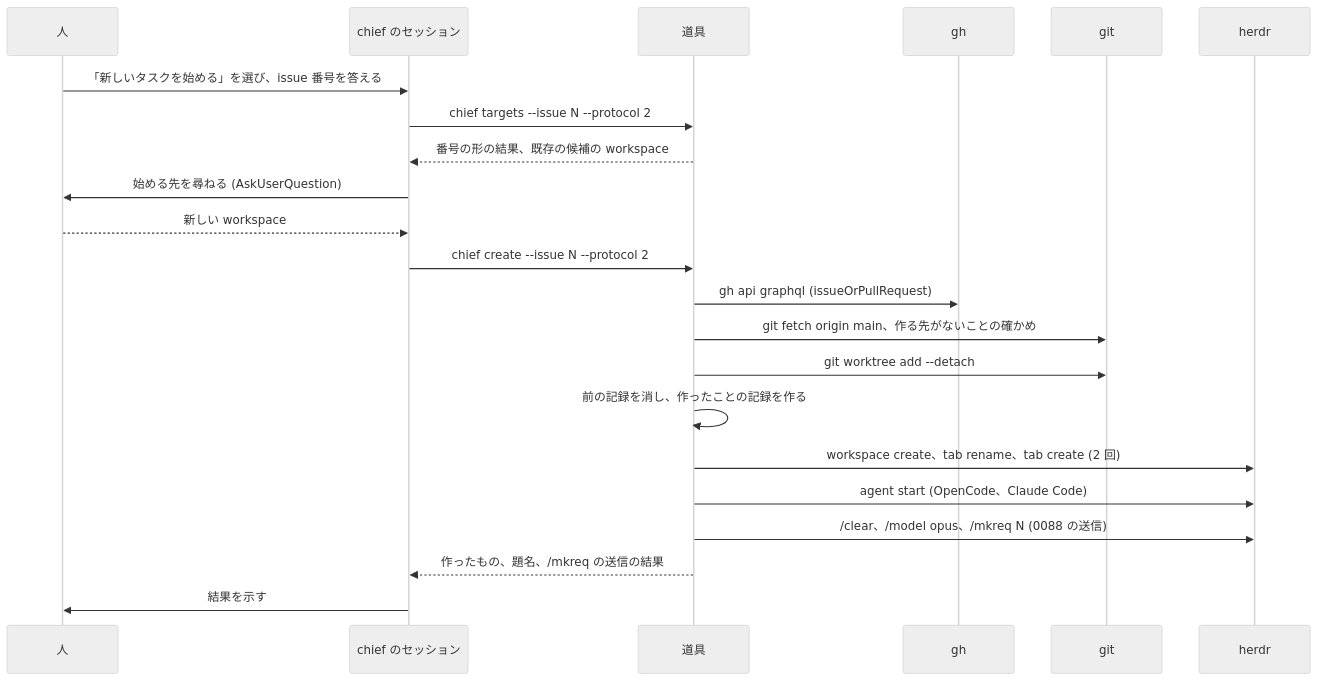
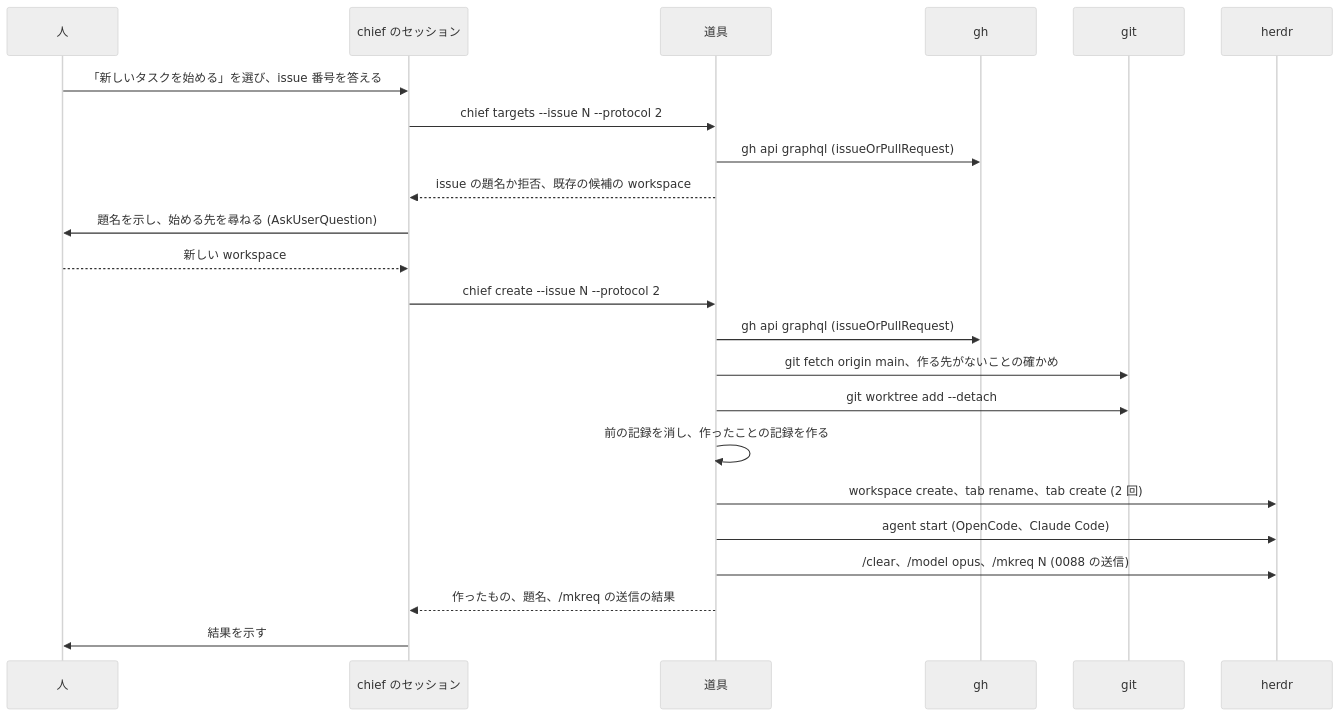
Before and after one commit to isseis/yt2column: the third of 6 diagrams in docs/tasks/0092_chief_task_workspace/02_architecture.md, drawn with Mermaid (neutral theme). The commit also changed other lines of this file and 19 other files, not shown here.

````diff
--- a/docs/tasks/0092_chief_task_workspace/02_architecture.md
+++ b/docs/tasks/0092_chief_task_workspace/02_architecture.md
@@ -218,25 +220,26 @@
 ```mermaid
 sequenceDiagram
     participant H as 人
     participant S as chief のセッション
     participant T as 道具
     participant GH as gh
     participant G as git
     participant HD as herdr
 
     H->>S: 「新しいタスクを始める」を選び、issue 番号を答える
     S->>T: chief targets --issue N --protocol 2
-    T-->>S: 番号の形の結果、既存の候補の workspace
-    S->>H: 始める先を尋ねる (AskUserQuestion)
+    T->>GH: gh api graphql (issueOrPullRequest)
+    T-->>S: issue の題名か拒否、既存の候補の workspace
+    S->>H: 題名を示し、始める先を尋ねる (AskUserQuestion)
     H-->>S: 新しい workspace
     S->>T: chief create --issue N --protocol 2
     T->>GH: gh api graphql (issueOrPullRequest)
     T->>G: git fetch origin main、作る先がないことの確かめ
     T->>G: git worktree add --detach
     T->>T: 前の記録を消し、作ったことの記録を作る
     T->>HD: workspace create、tab rename、tab create (2 回)
     T->>HD: agent start (OpenCode、Claude Code)
     T->>HD: /clear、/model opus、/mkreq N (0088 の送信)
     T-->>S: 作ったもの、題名、/mkreq の送信の結果
     S->>H: 結果を示す
 ```
````
